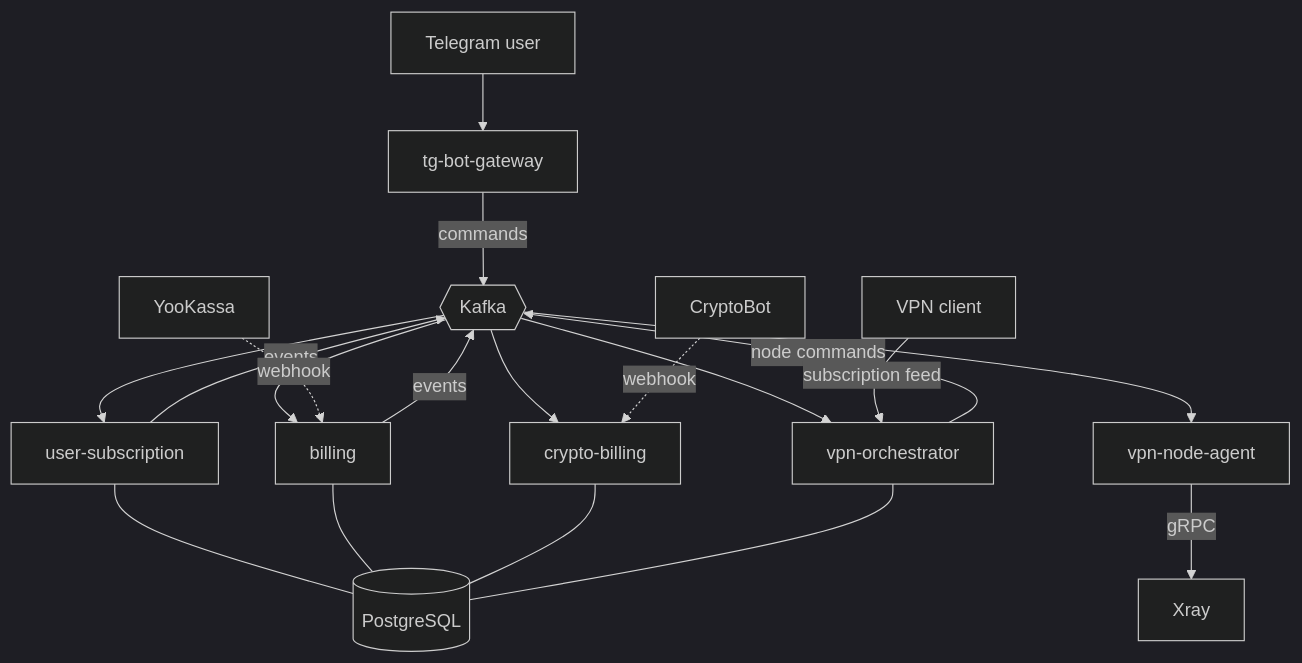
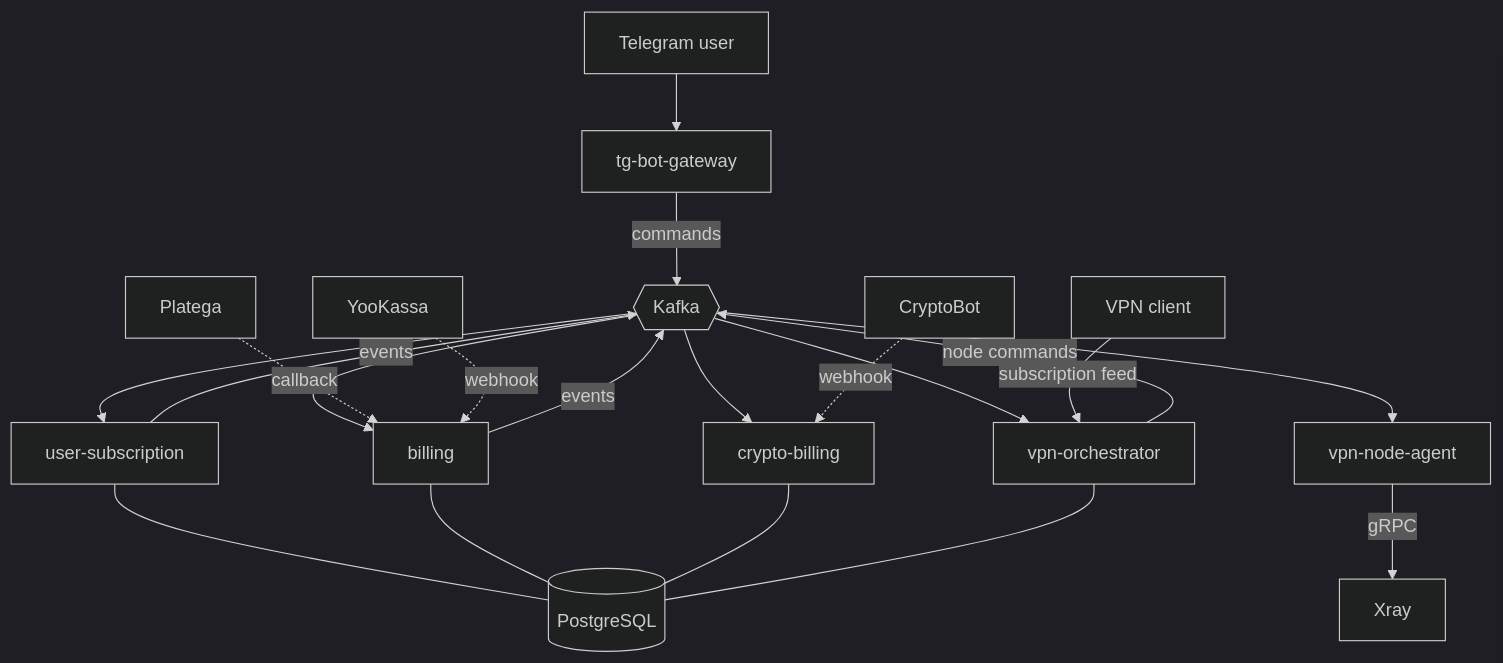
One commit to WlcM111/vpn_system changed the diagram in README.md. Above: the diagram before and after it, drawn with Mermaid (dark theme). The commit also changed other lines of this file and 20 other files, not shown here.

````diff
--- a/README.md
+++ b/README.md
@@ -25,27 +26,28 @@
 ```mermaid
 graph TB
     U[Telegram user] --> BOT[tg-bot-gateway]
 
     BOT -->|commands| K{{Kafka}}
     K --> SUB[user-subscription]
     K --> BIL[billing]
     K --> CRY[crypto-billing]
     K --> ORC[vpn-orchestrator]
 
     SUB -->|events| K
     BIL -->|events| K
     ORC -->|node commands| K
 
     K --> AGENT[vpn-node-agent]
     AGENT -->|gRPC| XRAY[Xray]
 
+    PL[Platega] -.callback.-> BIL
     YK[YooKassa] -.webhook.-> BIL
     CB[CryptoBot] -.webhook.-> CRY
 
     SUB --- PG[(PostgreSQL)]
     BIL --- PG
     CRY --- PG
     ORC --- PG
 
     CLIENT[VPN client] -->|subscription feed| ORC
 ```
````
